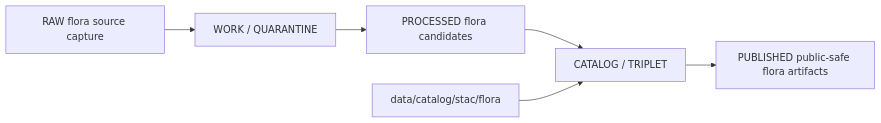
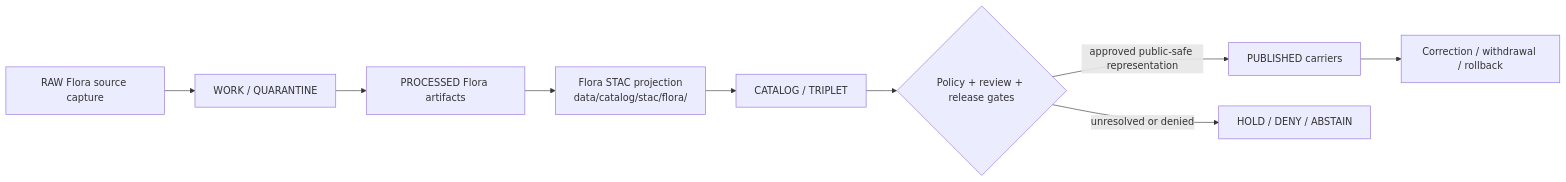
One commit to bartytime4life/Kansas-Frontier-Matrix changed the diagram in data/catalog/stac/flora/README.md. Above: the diagram before and after it, drawn with Mermaid. The commit also changed other lines of this file, not shown here.

Commit message:
docs: modernize Flora STAC catalog README

````diff
--- a/data/catalog/stac/flora/README.md
+++ b/data/catalog/stac/flora/README.md
@@ -77,8 +283,11 @@
 ```mermaid
 flowchart LR
-  RAW[RAW flora source capture] --> WORK[WORK / QUARANTINE]
-  WORK --> PROCESSED[PROCESSED flora candidates]
-  PROCESSED --> CATALOG[CATALOG / TRIPLET]
-  CATALOG --> PUBLISHED[PUBLISHED public-safe flora artifacts]
-  STACFLORA[data/catalog/stac/flora] --> CATALOG
+  RAW["RAW Flora source capture"] --> WORK["WORK / QUARANTINE"]
+  WORK --> PROCESSED["PROCESSED Flora artifacts"]
+  PROCESSED --> STAC["Flora STAC projection\ndata/catalog/stac/flora/"]
+  STAC --> CATALOG["CATALOG / TRIPLET"]
+  CATALOG --> RELEASE{"Policy + review + release gates"}
+  RELEASE -->|approved public-safe representation| PUBLISHED["PUBLISHED carriers"]
+  RELEASE -->|unresolved or denied| HOLD["HOLD / DENY / ABSTAIN"]
+  PUBLISHED --> CORRECT["Correction / withdrawal / rollback"]
 ```
````
